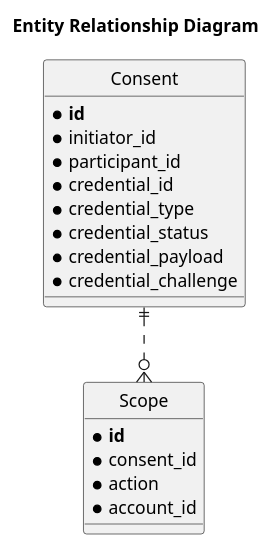
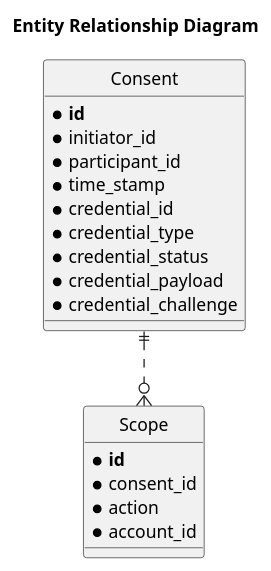
One commit to mojaloop/auth-service changed the diagram in docs/ErDiagram.puml. Above: the diagram before and after it, drawn with PlantUML. The commit also changed 1 other file, not shown here.

Commit message:
Add justification for not storing signatures and modify diagram

```diff
--- a/docs/ErDiagram.puml
+++ b/docs/ErDiagram.puml
@@ -1,30 +1,31 @@
 @startuml
 
 title Entity Relationship Diagram 
 ' hide the spot
 hide circle
 
 ' avoid problems with angled crows feet
 skinparam linetype ortho
 
-entity "Consent" as e01 {
+entity "Consent" {
   * **id**
   * initiator_id
   * participant_id
+  * time_stamp
   * credential_id
   * credential_type
   * credential_status
   * credential_payload
   * credential_challenge
 }
 
-entity "Scope" as e02 {
+entity "Scope" {
   * **id**
   * consent_id
   * action 
   * account_id 
 }
 
 
-e01 ||..o{ e02
+Consent ||..o{ Scope 
 @enduml
```
